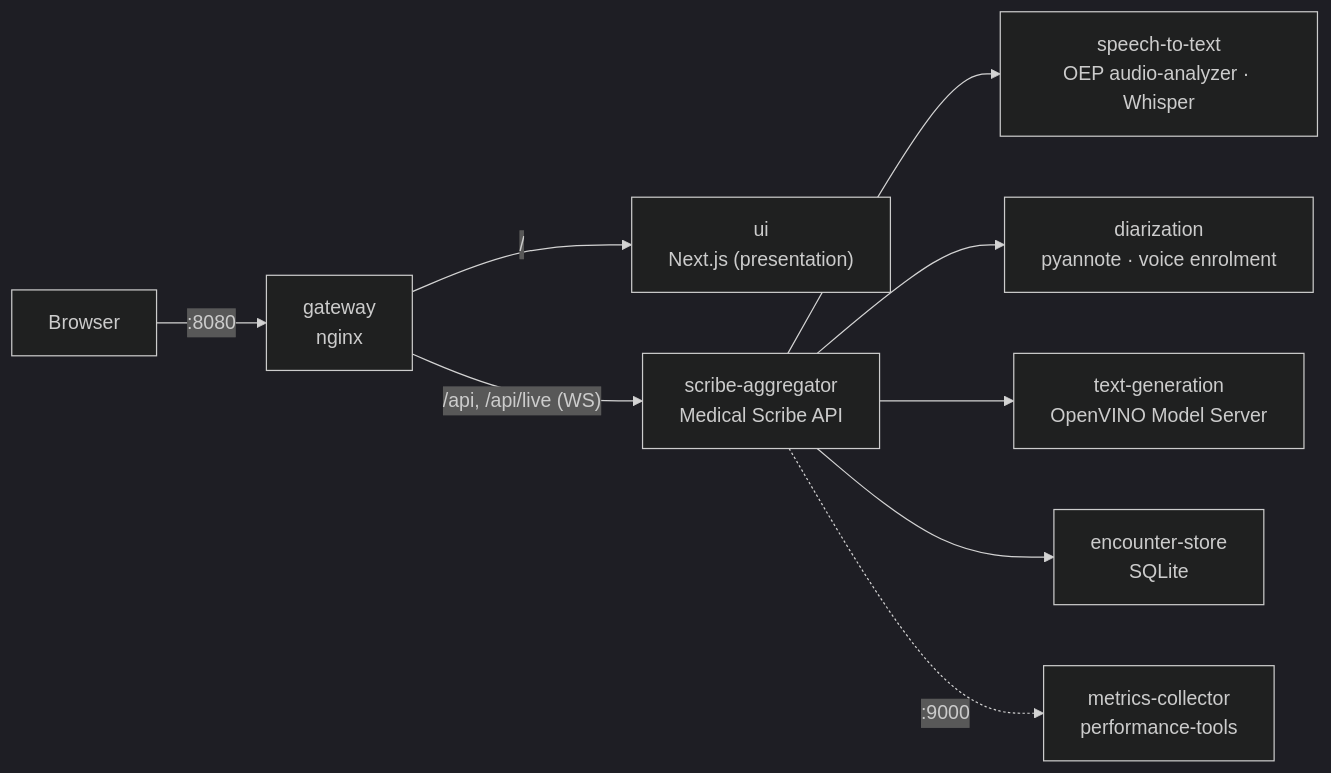
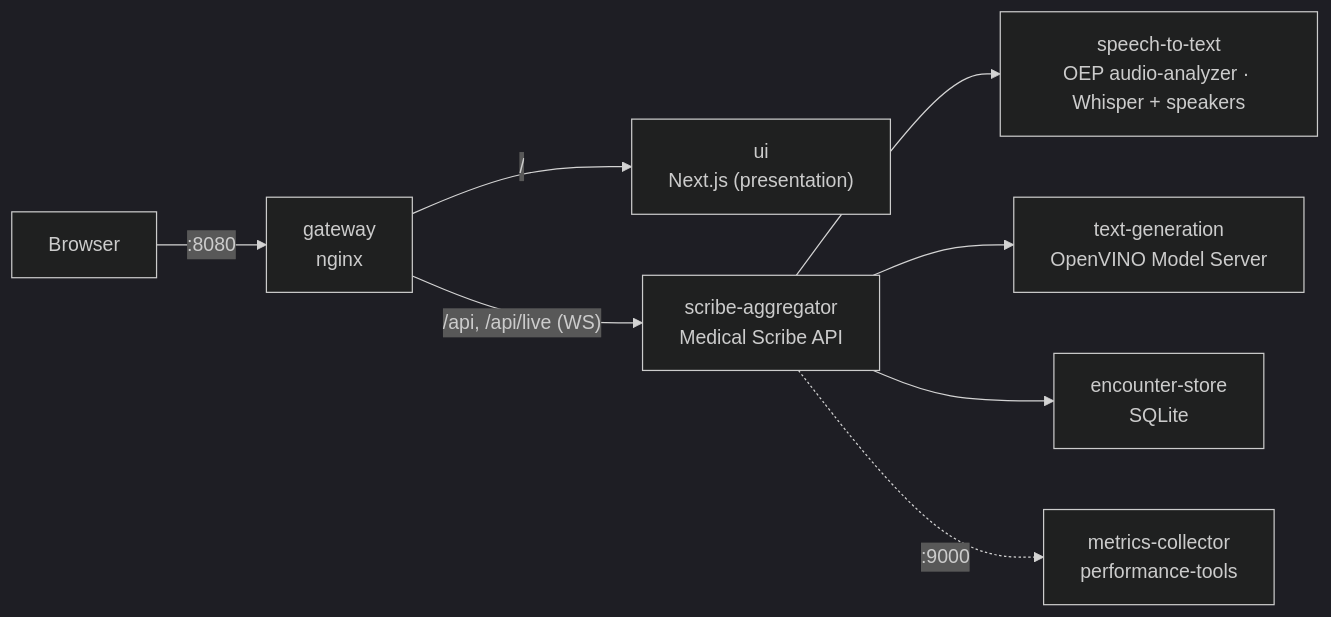
One commit to sachinkaushik/health-and-life-sciences-ai-suite changed the diagram in medical-scribe-ms/README.md. Above: the diagram before and after it, drawn with Mermaid (dark theme). The commit also changed other lines of this file and 205 other files, not shown here.

Commit message:
removed stt and using audio analyzer diarization

````diff
--- a/medical-scribe-ms/README.md
+++ b/medical-scribe-ms/README.md
@@ -16,11 +16,10 @@
 ```mermaid
 flowchart LR
   B["Browser"] -->|":8080"| GW["gateway<br/>nginx"]
   GW -->|"/"| UI["ui<br/>Next.js (presentation)"]
   GW -->|"/api, /api/live (WS)"| AGG["scribe-aggregator<br/>Medical Scribe API"]
-  AGG --> STT["speech-to-text<br/>OEP audio-analyzer · Whisper"]
-  AGG --> DIA["diarization<br/>pyannote · voice enrolment"]
+  AGG --> STT["speech-to-text<br/>OEP audio-analyzer · Whisper + speakers"]
   AGG --> LLM["text-generation<br/>OpenVINO Model Server"]
   AGG --> ES["encounter-store<br/>SQLite"]
   AGG -.->|":9000"| MC["metrics-collector<br/>performance-tools"]
 ```
````
